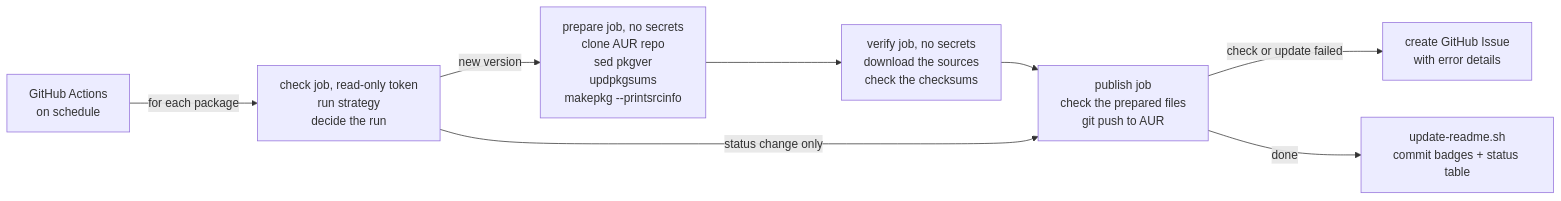
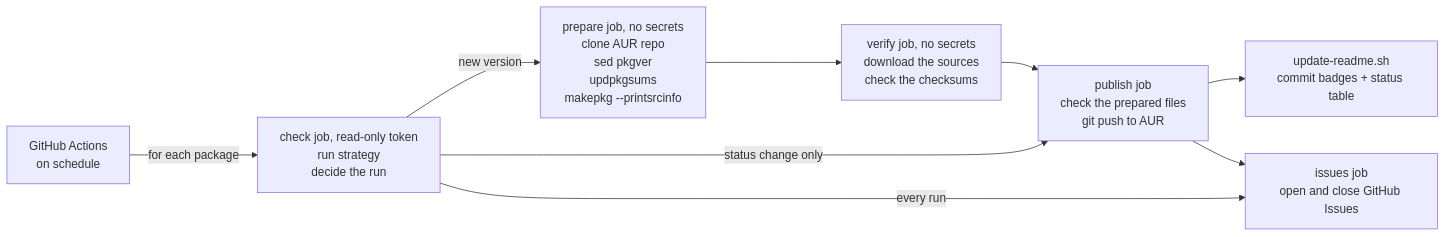
The diagram in README.md (noctuum/sibyl), drawn with Mermaid before and after one commit. The commit also changed other lines of this file and 3 other files, not shown here.

First line of the commit message:
fix(workflow): open and close issues in every run (#133)

````diff
--- a/README.md
+++ b/README.md
@@ -27,10 +27,11 @@
 ```mermaid
 graph LR
     A[GitHub Actions<br/>on schedule] -->|for each package| K[check job, read-only token<br/>run strategy<br/>decide the run]
     K -->|new version| B[prepare job, no secrets<br/>clone AUR repo<br/>sed pkgver<br/>updpkgsums<br/>makepkg --printsrcinfo]
     B --> V[verify job, no secrets<br/>download the sources<br/>check the checksums]
     V --> C[publish job<br/>check the prepared files<br/>git push to AUR]
     K -->|status change only| C
-    C -->|check or update failed| D[create GitHub Issue<br/>with error details]
-    C -->|done| E[update-readme.sh<br/>commit badges + status table]
+    C --> E[update-readme.sh<br/>commit badges + status table]
+    K -->|every run| D[issues job<br/>open and close GitHub Issues]
+    C --> D
 ```
````
